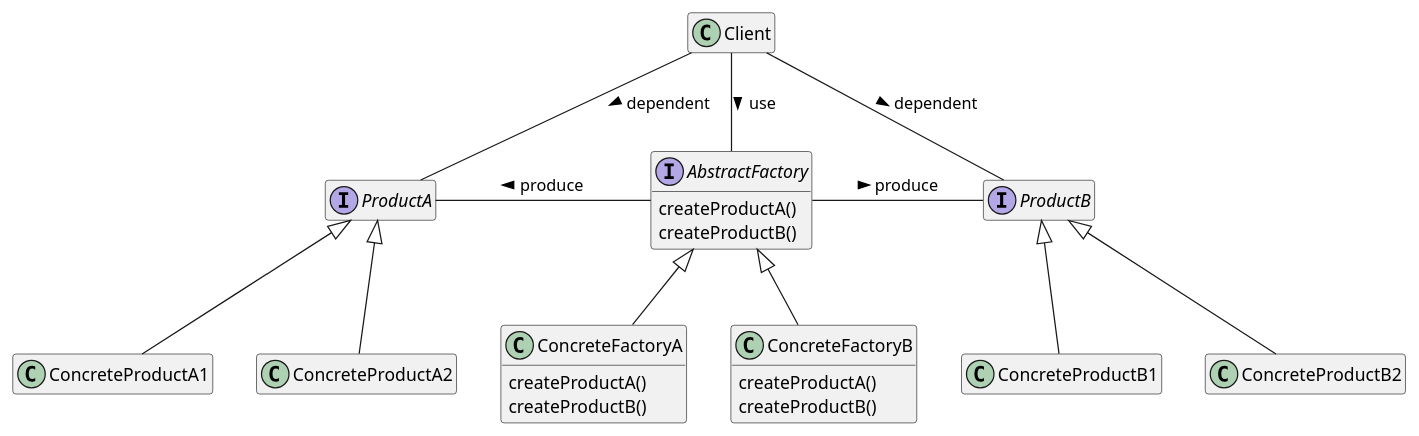
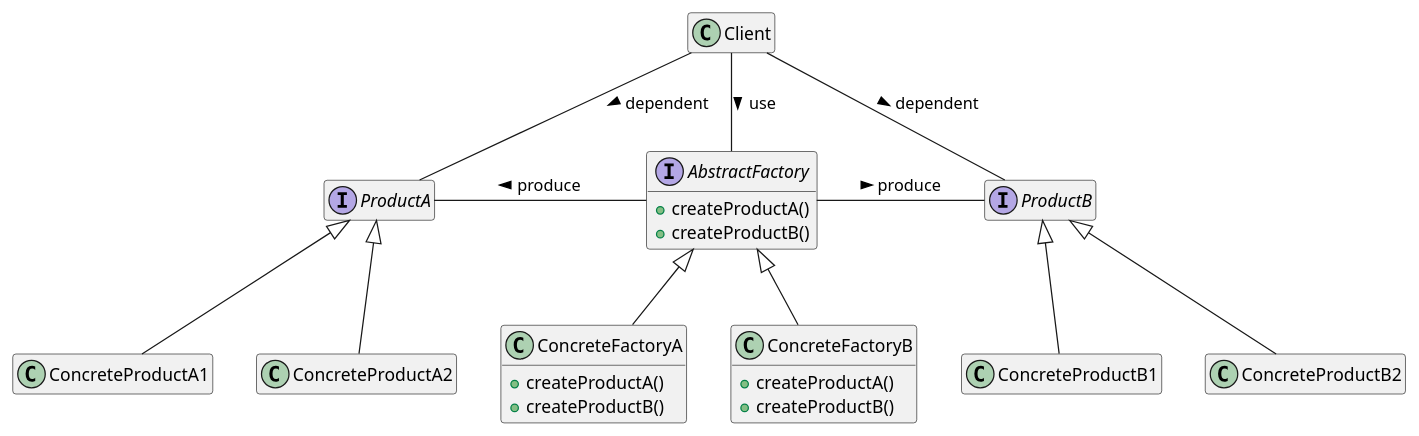
Before and after one commit to gama79530/DesignPattern: the diagram in AbstractFactoryPattern/AbstractFactoryPattern.puml, drawn with PlantUML. The commit also changed 20 other files, not shown here.

```diff
--- a/AbstractFactoryPattern/AbstractFactoryPattern.puml
+++ b/AbstractFactoryPattern/AbstractFactoryPattern.puml
@@ -1,57 +1,57 @@
 @startuml AbstractFactoryPattern
 hide empty members
 
 class Client{
 }
 
 interface AbstractFactory{
-    createProductA()
-    createProductB()
+    + createProductA()
+    + createProductB()
 }
 
 class ConcreteFactoryA{
-    createProductA()
-    createProductB()
+    + createProductA()
+    + createProductB()
 }
 
 class ConcreteFactoryB{
-    createProductA()
-    createProductB()
+    + createProductA()
+    + createProductB()
 }
 
 interface ProductA{
 }
 
 class ConcreteProductA1{
 }
 
 class ConcreteProductA2{
 }
 
 interface ProductB{
 }
 
 
 class ConcreteProductB1{
 }
 
 class ConcreteProductB2{
 }
 
 AbstractFactory <|-- ConcreteFactoryA
 AbstractFactory <|-- ConcreteFactoryB
 
 ProductA <|-- ConcreteProductA1
 ProductA <|-- ConcreteProductA2
 
 ProductB <|-- ConcreteProductB1
 ProductB <|-- ConcreteProductB2
 
 AbstractFactory -left- ProductA : > produce 
 AbstractFactory - ProductB : > produce 
 
 Client -down- AbstractFactory : > use
 Client -down- ProductA : > dependent
 Client -down- ProductB : > dependent
 
 @enduml
```
